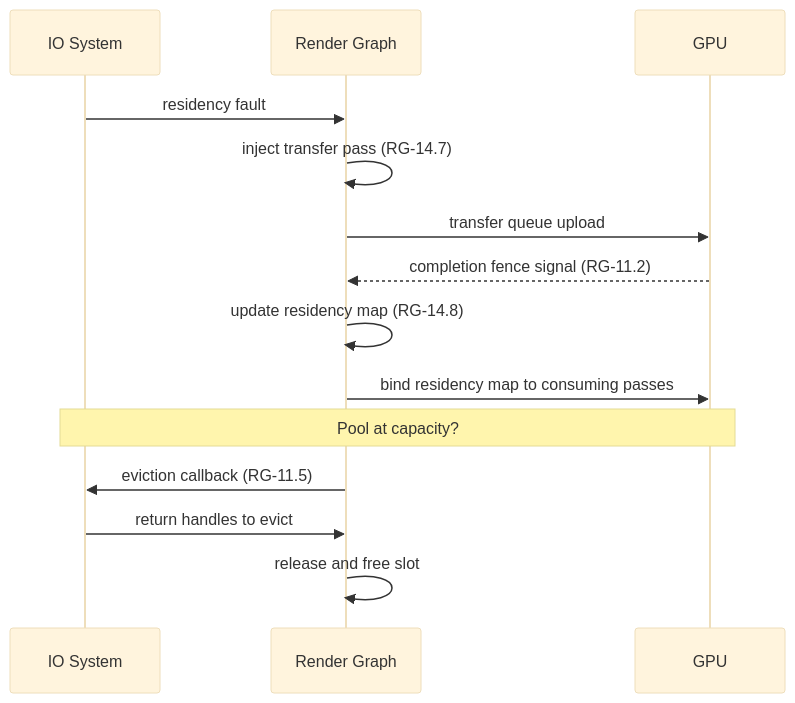
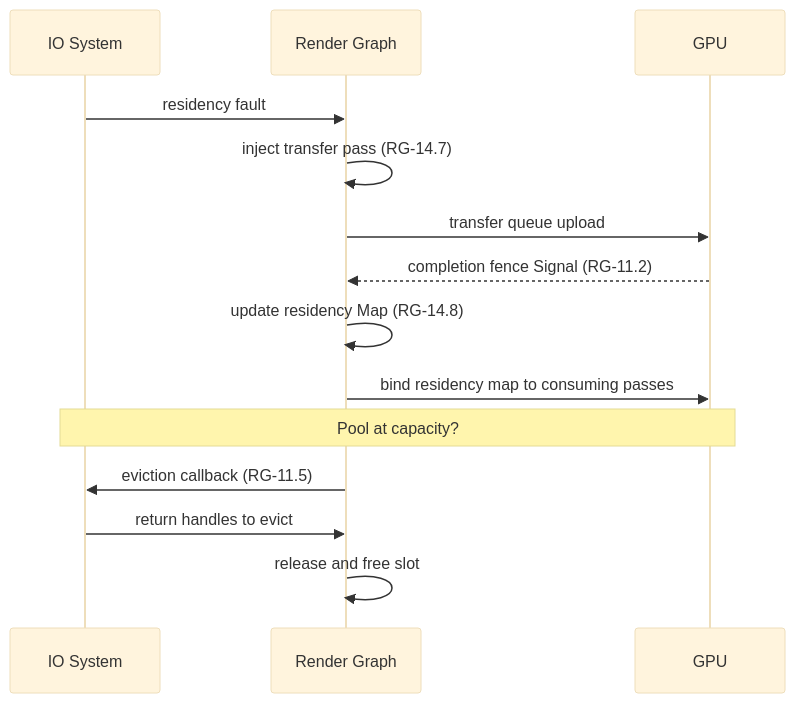
One commit to harmonius-dev/harmonius changed the eighth of 10 diagrams in docs/architecture.md. Above: the diagram before and after it, drawn with Mermaid (base theme). The commit also changed other lines of this file and 67 other files, not shown here.

````diff
--- a/docs/architecture.md
+++ b/docs/architecture.md
@@ -359,18 +359,18 @@
 ```mermaid
 sequenceDiagram
     participant IO as IO System
     participant RG as Render Graph
     participant GPU
 
     IO->>RG: residency fault
     RG->>RG: inject transfer pass (RG-14.7)
     RG->>GPU: transfer queue upload
-    GPU-->>RG: completion fence signal (RG-11.2)
-    RG->>RG: update residency map (RG-14.8)
+    GPU-->>RG: completion fence Signal (RG-11.2)
+    RG->>RG: update residency Map (RG-14.8)
     RG->>GPU: bind residency map to consuming passes
 
     Note over IO,GPU: Pool at capacity?
     RG->>IO: eviction callback (RG-11.5)
     IO->>RG: return handles to evict
     RG->>RG: release and free slot
 ```
````
